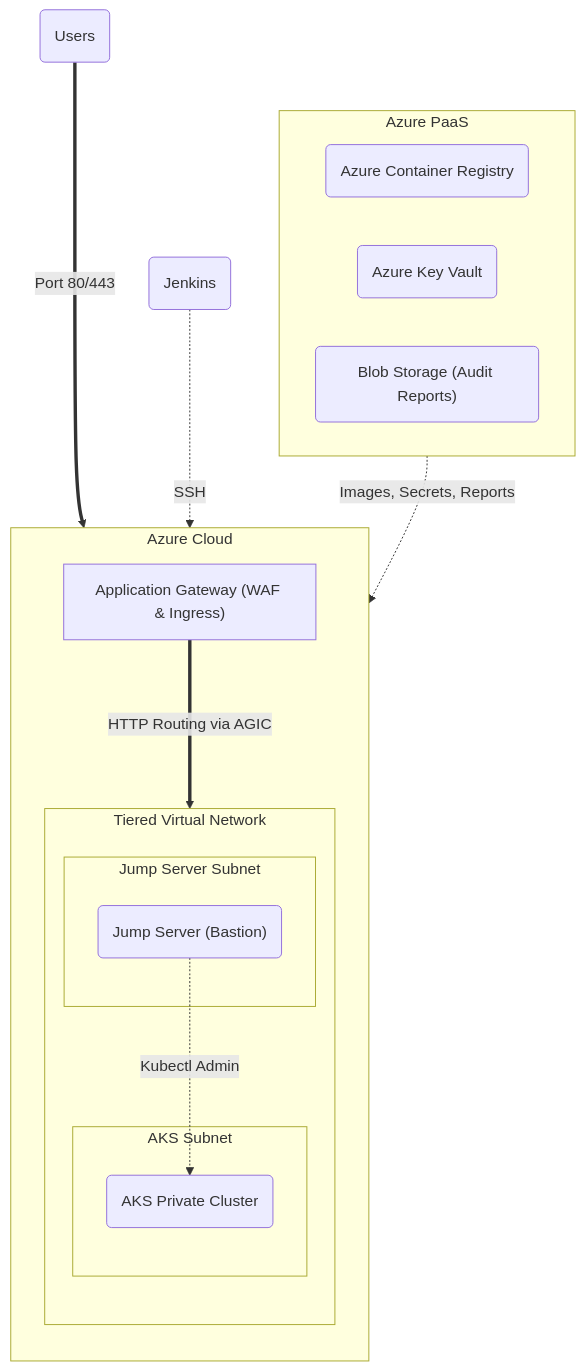
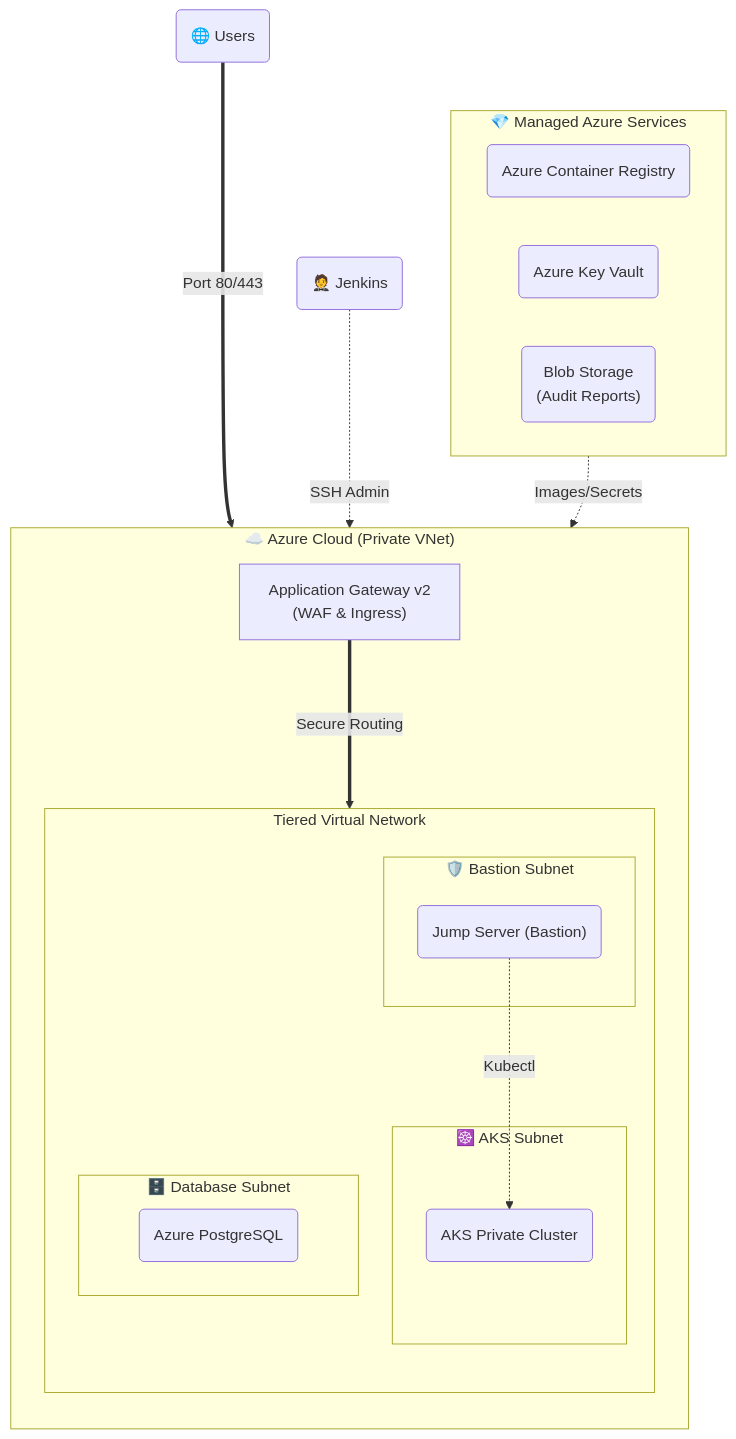
The diagram in README.md (rajputganesh217/azure-aks-devsecops-platform), drawn with Mermaid before and after one commit. The commit also changed other lines of this file and 1 other file, not shown here.

````diff
--- a/README.md
+++ b/README.md
@@ -76,31 +26,35 @@
 ```mermaid
 flowchart TD
-    subgraph PaaS ["Azure PaaS"]
+    subgraph PaaS ["💎 Managed Azure Services"]
         direction LR
         ACR("Azure Container Registry")
         KV("Azure Key Vault")
-        Blob("Blob Storage (Audit Reports)")
+        Blob("Blob Storage\n(Audit Reports)")
     end
 
-    subgraph Azure ["Azure Cloud"]
+    subgraph Azure ["☁️ Azure Cloud (Private VNet)"]
         direction TB
-        AppGW["Application Gateway (WAF & Ingress)"]
+        AppGW["Application Gateway v2\n(WAF & Ingress)"]
         
         subgraph VNet ["Tiered Virtual Network"]
             direction TB
-            subgraph AppSubnet ["AKS Subnet"]
+            subgraph AppSubnet ["☸️ AKS Subnet"]
                 AKS("AKS Private Cluster")
             end
             
-            subgraph JumpSubnet ["Jump Server Subnet"]
+            subgraph JumpSubnet ["🛡️ Bastion Subnet"]
                 JumpServer("Jump Server (Bastion)")
+            end
+
+            subgraph DBSubnet ["🗄️ Database Subnet"]
+                DB("Azure PostgreSQL")
             end
         end
     end
 
-    Users("Users") ===>|Port 80/443| AppGW
-    AppGW ===>|HTTP Routing via AGIC| AKS
-    PaaS -.->|Images, Secrets, Reports| AKS
-    Jenkins("Jenkins") -.->|SSH| JumpServer
-    JumpServer -.->|Kubectl Admin| AKS
+    Users("🌐 Users") ===>|Port 80/443| AppGW
+    AppGW ===>|Secure Routing| AKS
+    PaaS -.->|Images/Secrets| AKS
+    Jenkins("🤵 Jenkins") -.->|SSH Admin| JumpServer
+    JumpServer -.->|Kubectl| AKS
 ```
````
